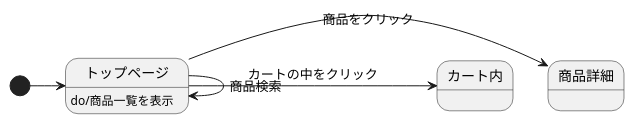
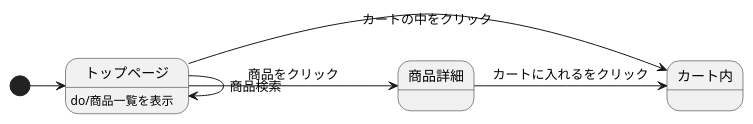
The diagram in kadai7.md (Aso2001195/2021sys-design), drawn with PlantUML before and after one commit.

````diff
--- a/kadai7.md
+++ b/kadai7.md
@@ -1,9 +1,10 @@
 ```uml
 @startuml
 [*] -> トップページ
 トップページ -> トップページ :商品検索
 トップページ -> 商品詳細 :商品をクリック
 トップページ -> カート内 :カートの中をクリック
 トップページ : do/商品一覧を表示
+商品詳細 -> カート内 :カートに入れるをクリック
 @enduml
 ```
````
